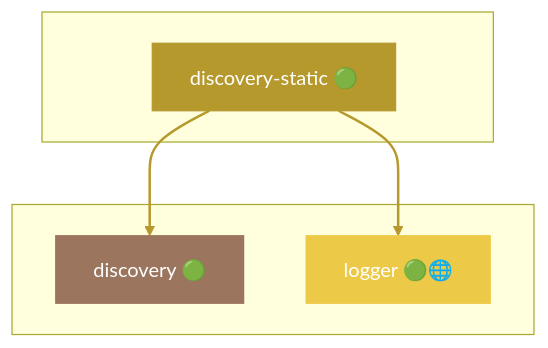
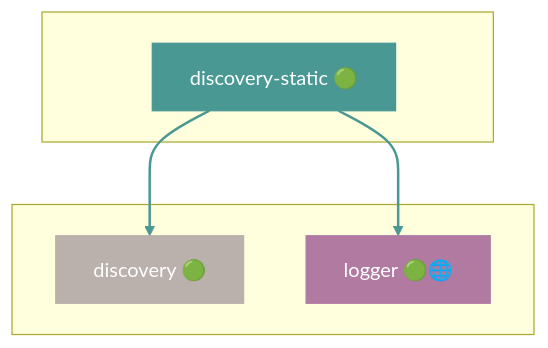
One commit to grest-ts/grest-ts changed diagram 15 of 42 in docs/DEPENDENCIES.md. Above: the diagram before and after it, drawn with Mermaid. The commit also changed other lines of this file and 11 other files, not shown here.

````diff
--- a/docs/DEPENDENCIES.md
+++ b/docs/DEPENDENCIES.md
@@ -773,17 +827,17 @@
 ```mermaid
 flowchart TB
     subgraph Package[" "]
         discovery-static["discovery-static 🟢"]
     end
     subgraph Dependencies[" "]
         discovery["discovery 🟢"]
         logger["logger 🟢🌐"]
     end
     discovery-static --> discovery
     discovery-static --> logger
-    style discovery-static fill:#B6992D,stroke:#B6992D,color:#fff
-    style discovery fill:#9C755F,stroke:#9C755F,color:#fff
-    style logger fill:#EDC948,stroke:#EDC948,color:#fff
-    linkStyle 0 stroke:#B6992D,stroke-width:2px
-    linkStyle 1 stroke:#B6992D,stroke-width:2px
+    style discovery-static fill:#499894,stroke:#499894,color:#fff
+    style discovery fill:#BAB0AC,stroke:#BAB0AC,color:#fff
+    style logger fill:#B07AA1,stroke:#B07AA1,color:#fff
+    linkStyle 0 stroke:#499894,stroke-width:2px
+    linkStyle 1 stroke:#499894,stroke-width:2px
 ```
````
